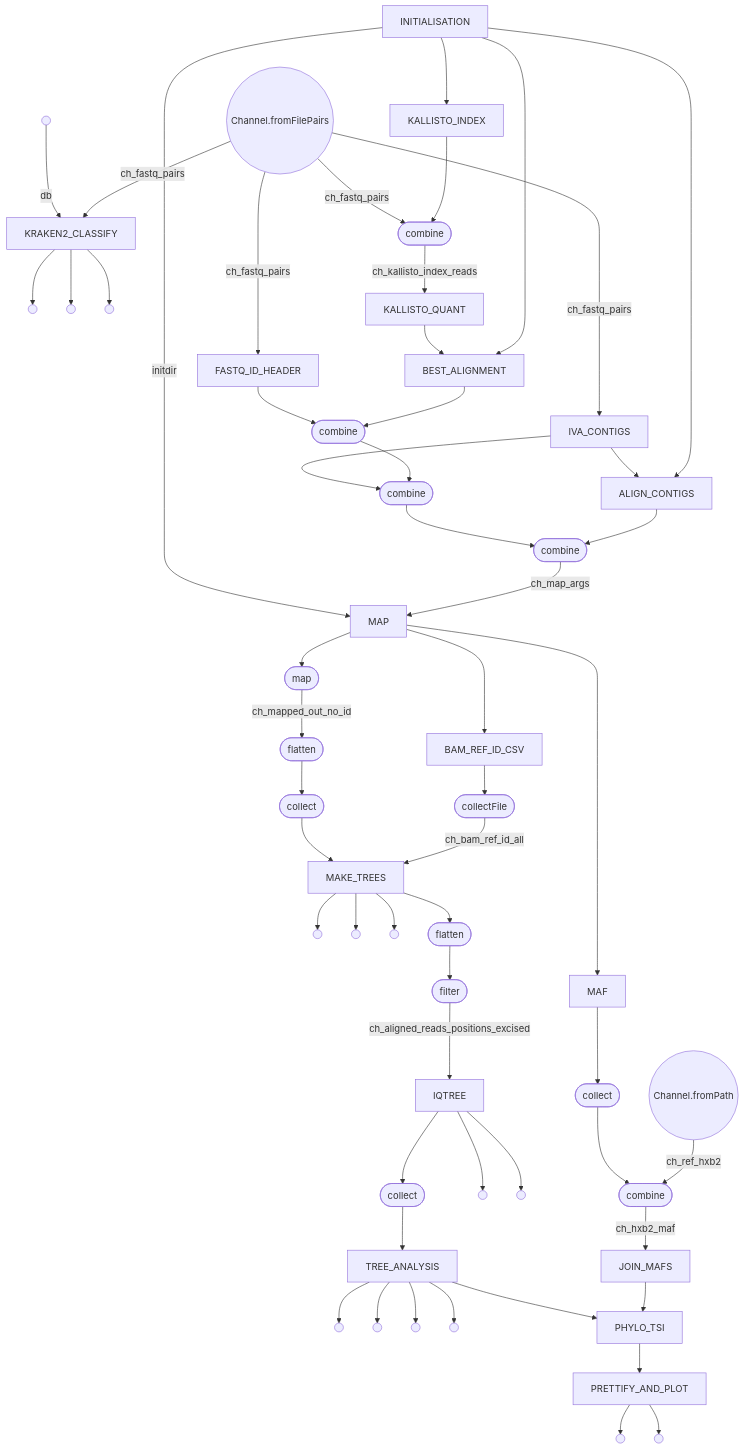
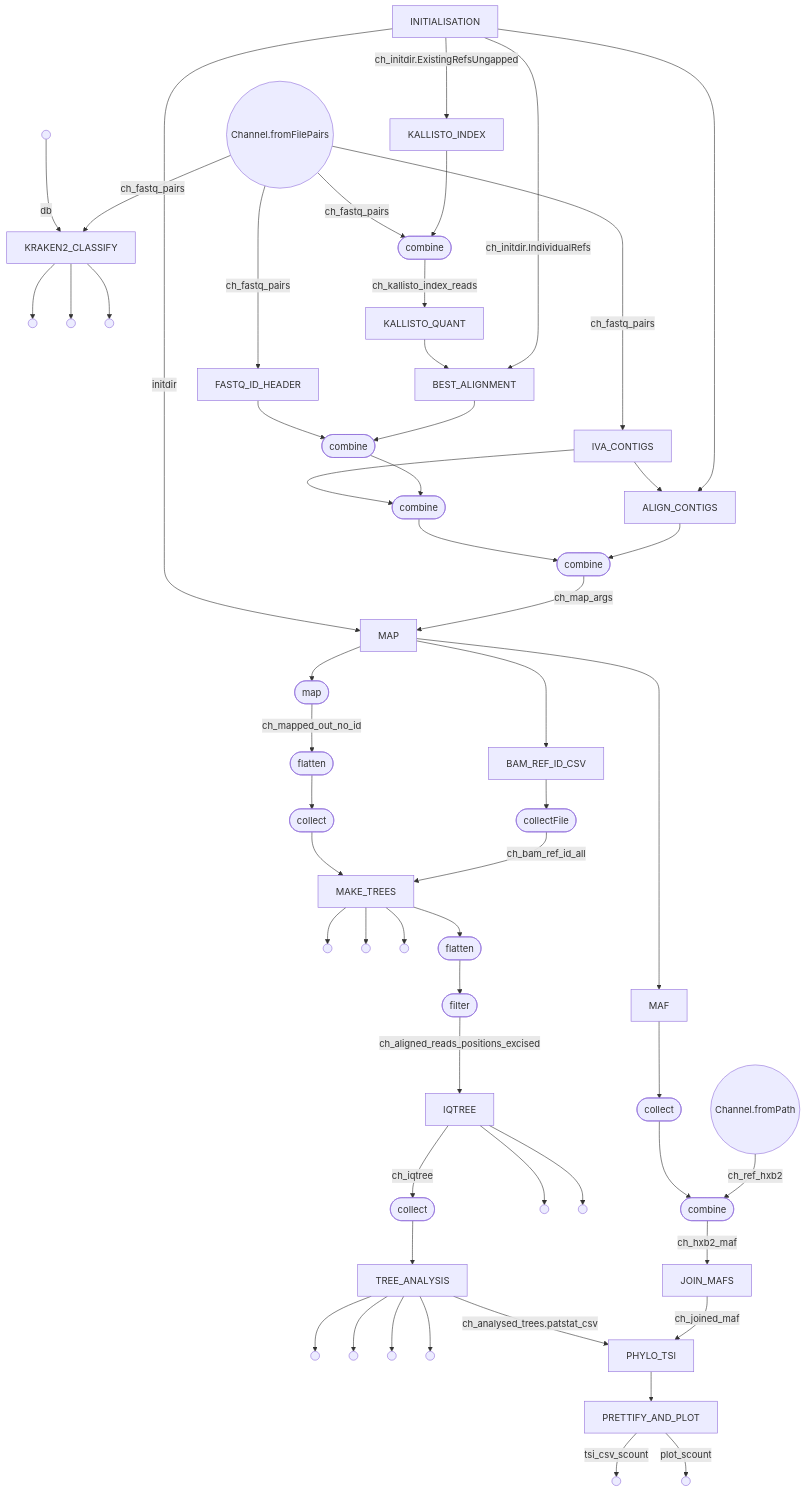
The diagram in Pipeline/pipeline_flowchart.mmd (vera-rykalina/rki_recency), drawn with Mermaid before and after one commit.

Commit message:
Update .mmd file

```diff
--- a/Pipeline/pipeline_flowchart.mmd
+++ b/Pipeline/pipeline_flowchart.mmd
@@ -1,102 +1,102 @@
 flowchart TD
     p0((Channel.fromPath))
     p1((Channel.fromFilePairs))
     p2(( ))
     p3[KRAKEN2_CLASSIFY]
     p4(( ))
     p5(( ))
     p6(( ))
     p7[INITIALISATION]
     p8[KALLISTO_INDEX]
     p9([combine])
     p10[KALLISTO_QUANT]
     p11[BEST_ALIGNMENT]
     p12[FASTQ_ID_HEADER]
     p13[IVA_CONTIGS]
     p14[ALIGN_CONTIGS]
     p15([combine])
     p16([combine])
     p17([combine])
     p18[MAP]
     p19[MAF]
     p20([collect])
     p21([combine])
     p22[JOIN_MAFS]
     p23[BAM_REF_ID_CSV]
     p24([collectFile])
     p25([map])
     p26([flatten])
     p27([collect])
     p28[MAKE_TREES]
     p29(( ))
     p30(( ))
     p31(( ))
     p32([flatten])
     p33([filter])
     p34[IQTREE]
     p35(( ))
     p36(( ))
     p37([collect])
     p38[TREE_ANALYSIS]
     p39(( ))
     p40(( ))
     p41(( ))
     p42(( ))
     p43[PHYLO_TSI]
     p44[PRETTIFY_AND_PLOT]
     p45(( ))
     p46(( ))
     p0 -->|ch_ref_hxb2| p21
     p1 -->|ch_fastq_pairs| p3
     p2 -->|db| p3
     p3 --> p6
     p3 --> p5
     p3 --> p4
     p7 --> p14
-    p7 --> p8
-    p7 --> p11
+    p7 -->|ch_initdir.ExistingRefsUngapped| p8
+    p7 -->|ch_initdir.IndividualRefs| p11
     p8 --> p9
     p1 -->|ch_fastq_pairs| p9
     p9 -->|ch_kallisto_index_reads| p10
     p10 --> p11
     p11 --> p15
     p1 -->|ch_fastq_pairs| p12
     p12 --> p15
     p1 -->|ch_fastq_pairs| p13
     p13 --> p14
     p14 --> p17
     p15 --> p16
     p13 --> p16
     p16 --> p17
     p17 -->|ch_map_args| p18
     p7 -->|initdir| p18
     p18 --> p19
     p19 --> p20
     p20 --> p21
     p21 -->|ch_hxb2_maf| p22
-    p22 --> p43
+    p22 -->|ch_joined_maf| p43
     p18 --> p23
     p23 --> p24
     p24 -->|ch_bam_ref_id_all| p28
     p18 --> p25
     p25 -->|ch_mapped_out_no_id| p26
     p26 --> p27
     p27 --> p28
     p28 --> p32
     p28 --> p31
     p28 --> p30
     p28 --> p29
     p32 --> p33
     p33 -->|ch_aligned_reads_positions_excised| p34
-    p34 --> p37
+    p34 -->|ch_iqtree| p37
     p34 --> p36
     p34 --> p35
     p37 --> p38
-    p38 --> p43
+    p38 --> |ch_analysed_trees.patstat_csv| p43
     p38 --> p42
     p38 --> p41
     p38 --> p40
     p38 --> p39
     p43 --> p44
-    p44 --> p46
-    p44 --> p45
+    p44 --> |tsi_csv_scount|p46
+    p44 --> |plot_scount| p45
```
